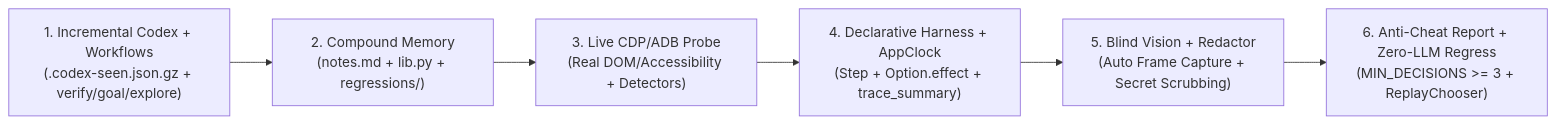
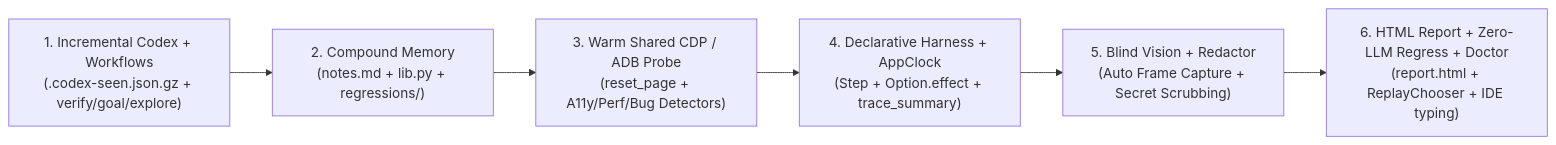
The diagram in README.md (baehaqi-rf/brain-autopilot), drawn with Mermaid before and after one commit. The commit also changed other lines of this file and 21 other files, not shown here.

Commit message:
feat: release v3.0.0 with Pyrefly/IDE static .pth fix, warm CDP session reuse, a11y/perf detectors, doctor, and HTML reports

````diff
--- a/README.md
+++ b/README.md
@@ -16,8 +16,8 @@
 ```mermaid
 flowchart LR
     codex["1. Incremental Codex + Workflows<br/>(.codex-seen.json.gz + verify/goal/explore)"] --> mem["2. Compound Memory<br/>(notes.md + lib.py + regressions/)"]
-    mem --> probe["3. Live CDP/ADB Probe<br/>(Real DOM/Accessibility + Detectors)"]
+    mem --> probe["3. Warm Shared CDP / ADB Probe<br/>(reset_page + A11y/Perf/Bug Detectors)"]
     probe --> harness["4. Declarative Harness + AppClock<br/>(Step + Option.effect + trace_summary)"]
     harness --> vision["5. Blind Vision + Redactor<br/>(Auto Frame Capture + Secret Scrubbing)"]
-    vision --> report["6. Anti-Cheat Report + Zero-LLM Regress<br/>(MIN_DECISIONS >= 3 + ReplayChooser)"]
+    vision --> report["6. HTML Report + Zero-LLM Regress + Doctor<br/>(report.html + ReplayChooser + IDE typing)"]
 ```
````
